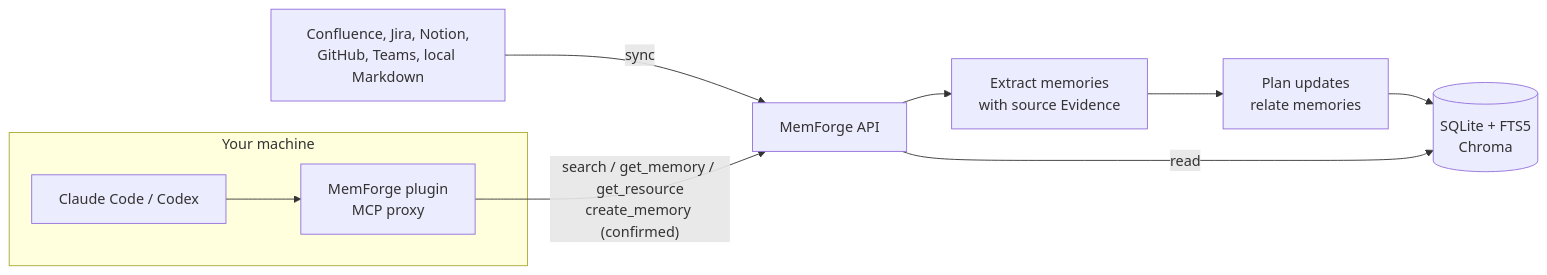
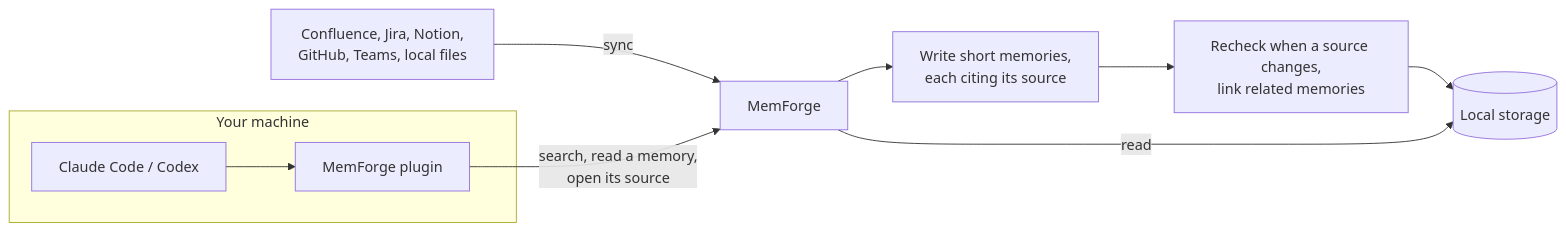
The diagram in README.md (dodo-labs-ai/mem-forge), drawn with Mermaid before and after one commit. The commit also changed other lines of this file, not shown here.

First line of the commit message:
Tell the README's sections as the team's story, and point teams to the Cloud waitlist

````diff
--- a/README.md
+++ b/README.md
@@ -101,18 +114,18 @@
 ```mermaid
 flowchart LR
   subgraph You["Your machine"]
     CC["Claude Code / Codex"]
-    Plugin["MemForge plugin<br/>MCP proxy"]
+    Plugin["MemForge plugin"]
   end
-  Docs["Confluence, Jira, Notion,<br/>GitHub, Teams, local Markdown"]
-  API["MemForge API"]
-  Extract["Extract memories<br/>with source Evidence"]
-  Recheck["Plan updates<br/>relate memories"]
-  Store[("SQLite + FTS5<br/>Chroma")]
+  Docs["Confluence, Jira, Notion,<br/>GitHub, Teams, local files"]
+  API["MemForge"]
+  Extract["Write short memories,<br/>each citing its source"]
+  Recheck["Recheck when a source changes,<br/>link related memories"]
+  Store[("Local storage")]
 
   CC --> Plugin
   Docs -- "sync" --> API
   API --> Extract --> Recheck --> Store
-  Plugin -- "search / get_memory / get_resource<br/>create_memory (confirmed)" --> API
+  Plugin -- "search, read a memory,<br/>open its source" --> API
   API -- "read" --> Store
 ```
````
